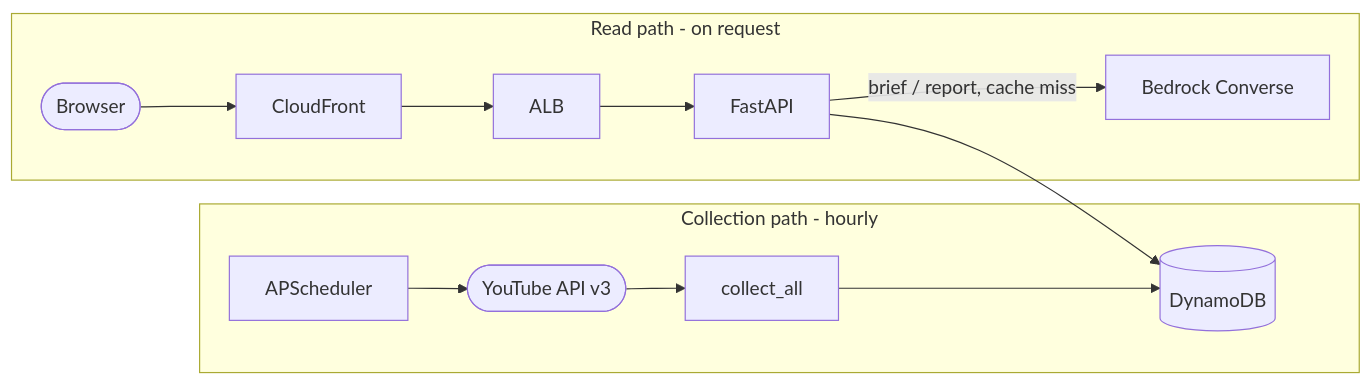
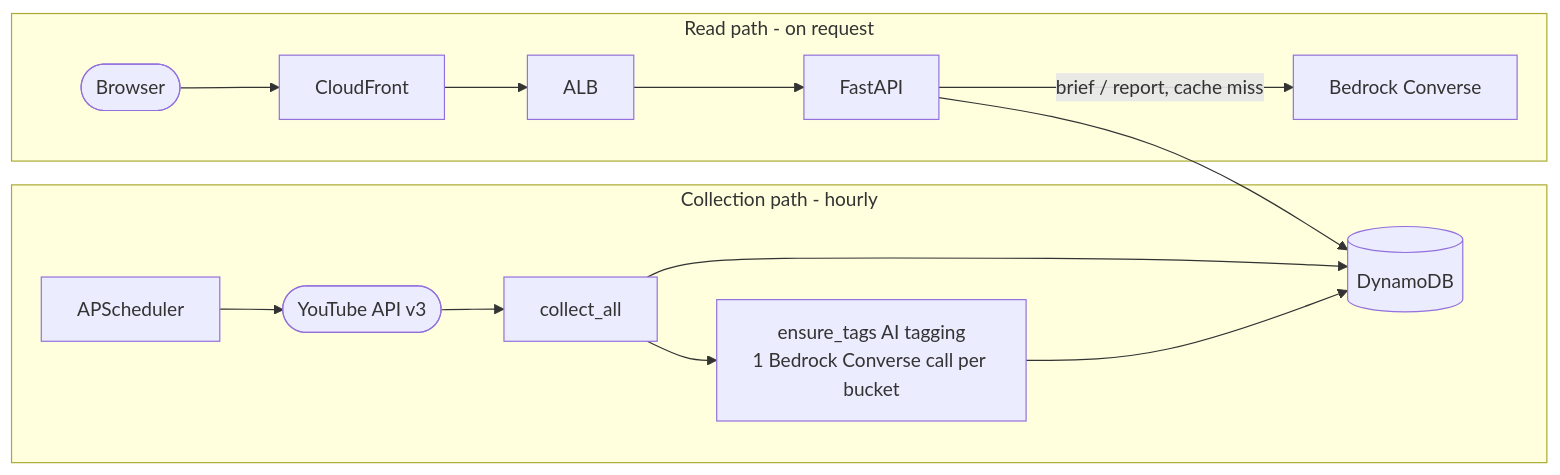
Before and after one commit to whchoi98/youtube-trend: the fourth of 4 diagrams in docs/architecture.md, drawn with Mermaid. The commit also changed other lines of this file and 55 other files, not shown here.

````diff
--- a/docs/architecture.md
+++ b/docs/architecture.md
@@ -215,10 +218,11 @@
 ```mermaid
 flowchart LR
   subgraph collect[Collection path - hourly]
     SCHED[APScheduler] --> YT([YouTube API v3]) --> COLL[collect_all] --> DDB[(DynamoDB)]
+    COLL --> TAG[ensure_tags AI tagging<br/>1 Bedrock Converse call per bucket] --> DDB
   end
   subgraph read[Read path - on request]
     Browser([Browser]) --> CF[CloudFront] --> ALB[ALB] --> API[FastAPI] --> DDB
     API -->|brief / report, cache miss| BR[Bedrock Converse]
   end
 ```
````
